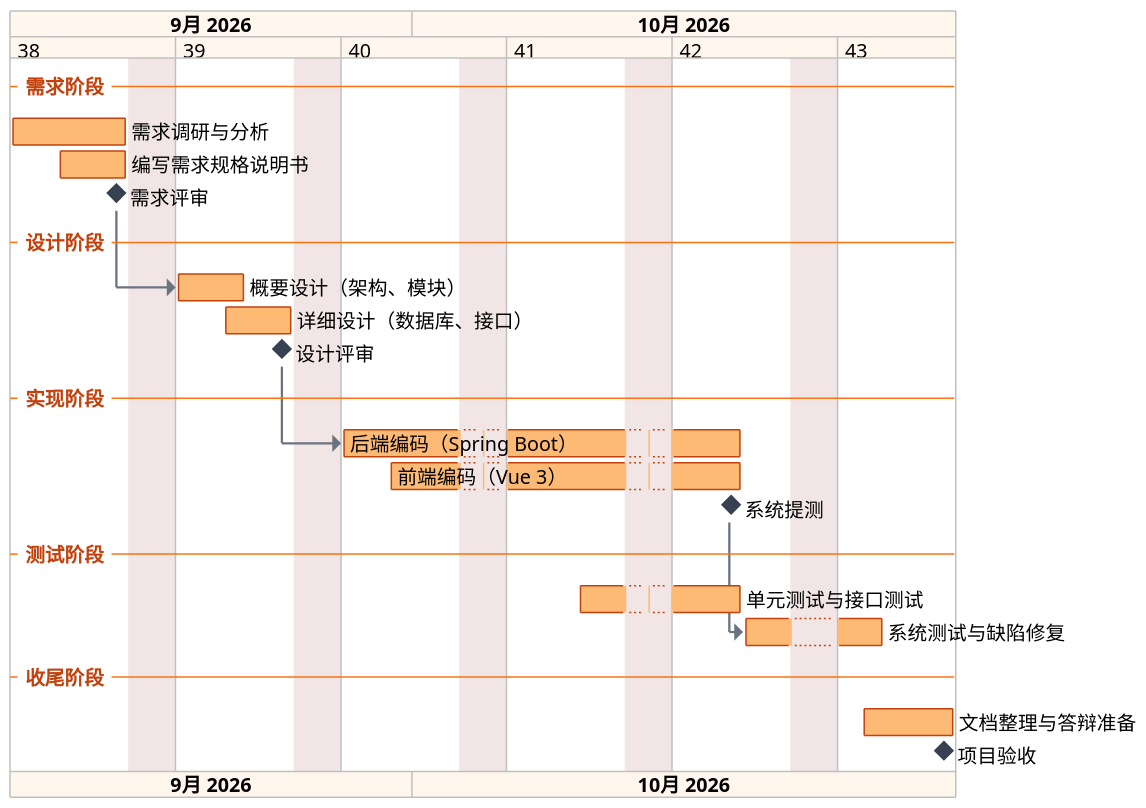
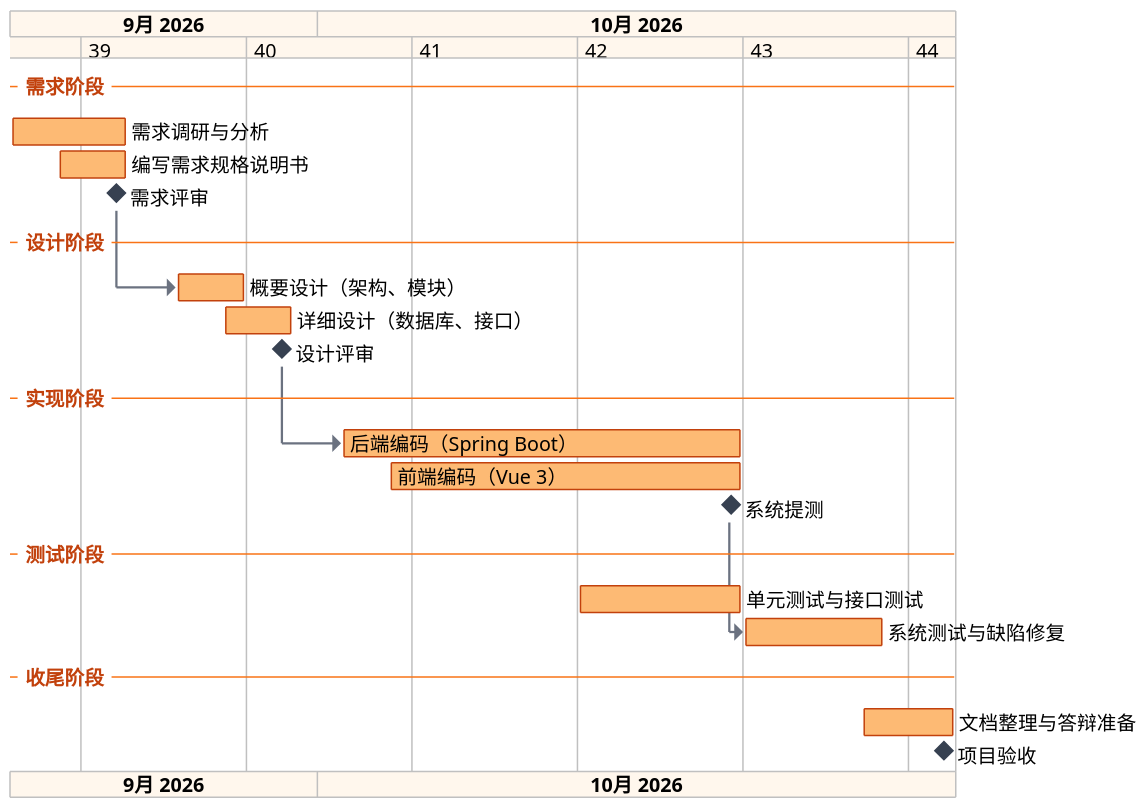
The diagram in docs/diagrams/gantt.puml (lifan-777/chat666), drawn with PlantUML before and after one commit. The commit also changed 11 other files, not shown here.

```diff
--- a/docs/diagrams/gantt.puml
+++ b/docs/diagrams/gantt.puml
@@ -1,67 +1,65 @@
 @startgantt gantt
 skinparam dpi 150
 <style>
 ganttDiagram {
   FontName "WenQuanYi Zen Hei"
   FontSize 13
   task {
     FontName "WenQuanYi Zen Hei"
     FontSize 13
     BackGroundColor #FDBA74
     LineColor #C2410C
   }
   milestone {
     FontName "WenQuanYi Zen Hei"
     FontSize 13
     BackGroundColor #374151
     LineColor #374151
   }
   separator {
     FontName "WenQuanYi Zen Hei"
     FontSize 13
     FontStyle bold
     FontColor #C2410C
     LineColor #F97316
   }
   timeline {
     FontName "WenQuanYi Zen Hei"
     BackgroundColor #FFF7ED
   }
   arrow {
     LineColor #6B7280
   }
 }
 </style>
 language zh
 printscale weekly zoom 3
-Project starts 2026-09-14
-saturday are closed
-sunday are closed
+Project starts 2026-09-18
 
 -- 需求阶段 --
-[需求调研与分析] starts 2026-09-14 and ends 2026-09-18
-[编写需求规格说明书] starts 2026-09-16 and ends 2026-09-18
-[需求评审] happens 2026-09-18
+[需求调研与分析] starts 2026-09-18 and ends 2026-09-22
+[编写需求规格说明书] starts 2026-09-20 and ends 2026-09-22
+[需求评审] happens 2026-09-22
 
 -- 设计阶段 --
-[概要设计（架构、模块）] starts 2026-09-21 and ends 2026-09-23
-[详细设计（数据库、接口）] starts 2026-09-23 and ends 2026-09-25
-[设计评审] happens 2026-09-25
+[概要设计（架构、模块）] starts 2026-09-25 and ends 2026-09-27
+[详细设计（数据库、接口）] starts 2026-09-27 and ends 2026-09-29
+[设计评审] happens 2026-09-29
 
 -- 实现阶段 --
-[后端编码（Spring Boot）] starts 2026-09-28 and ends 2026-10-14
-[前端编码（Vue 3）] starts 2026-09-30 and ends 2026-10-14
-[系统提测] happens 2026-10-14
+[后端编码（Spring Boot）] starts 2026-10-02 and ends 2026-10-18
+[前端编码（Vue 3）] starts 2026-10-04 and ends 2026-10-18
+[系统提测] happens 2026-10-18
 
 -- 测试阶段 --
-[单元测试与接口测试] starts 2026-10-08 and ends 2026-10-14
-[系统测试与缺陷修复] starts 2026-10-15 and ends 2026-10-20
+[单元测试与接口测试] starts 2026-10-12 and ends 2026-10-18
+[系统测试与缺陷修复] starts 2026-10-19 and ends 2026-10-24
 
 -- 收尾阶段 --
-[文档整理与答辩准备] starts 2026-10-20 and ends 2026-10-23
-[项目验收] happens 2026-10-23
+[文档整理与答辩准备] starts 2026-10-24 and ends 2026-10-27
+[项目验收] happens 2026-10-27
 
 [需求评审] -> [概要设计（架构、模块）]
 [设计评审] -> [后端编码（Spring Boot）]
 [系统提测] -> [系统测试与缺陷修复]
 @endgantt
```
